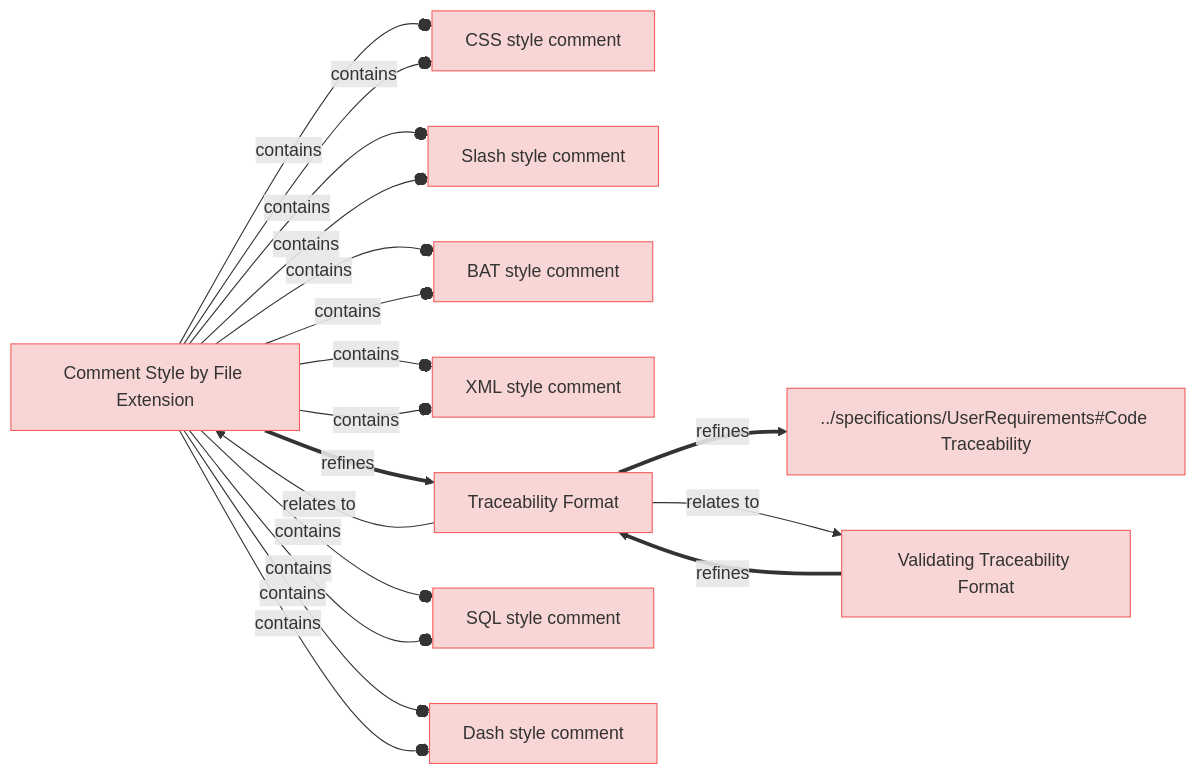
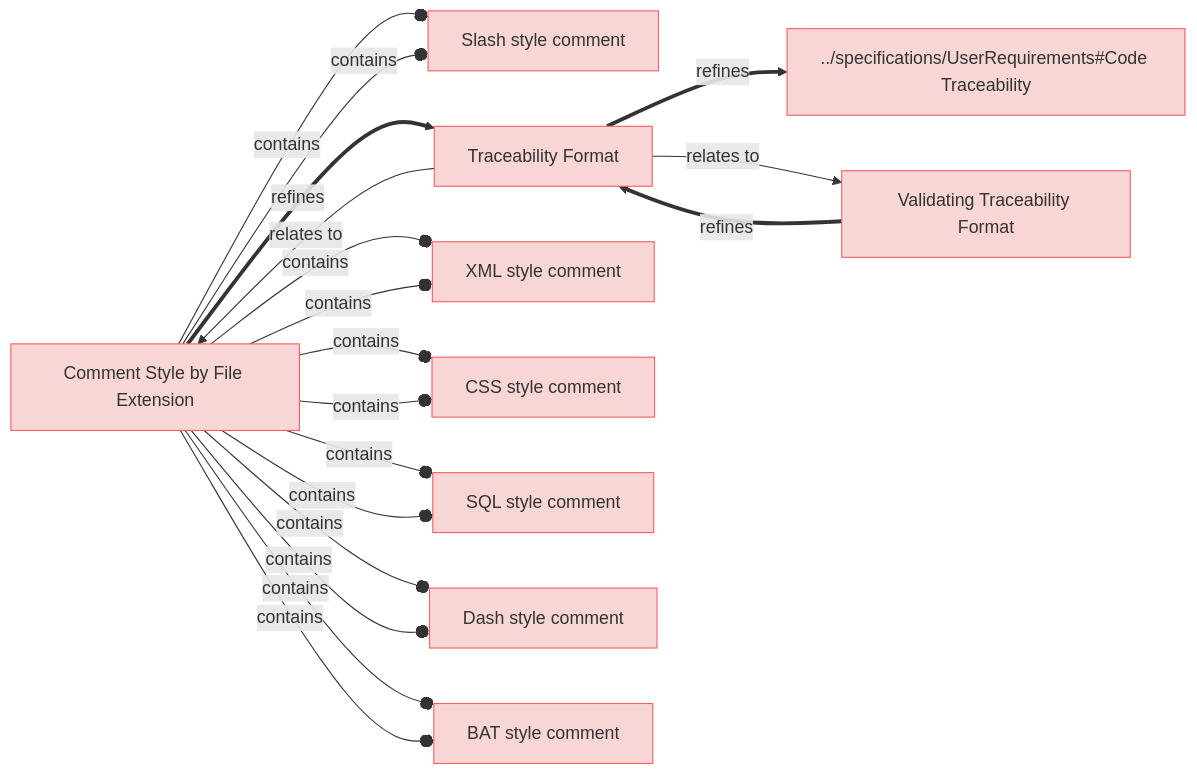
Before and after one commit to reqvire-org/reqvire: the diagram in todo_specifications/CodeTraecabilityRequirements.md, drawn with Mermaid. The commit also changed other lines of this file and 7 other files, not shown here.

Commit message:
Updated diagrams.

````diff
--- a/todo_specifications/CodeTraecabilityRequirements.md
+++ b/todo_specifications/CodeTraecabilityRequirements.md
@@ -4,56 +4,56 @@
 ```mermaid
 graph LR;
   %% Graph styling
   classDef requirement fill:#f9d6d6,stroke:#f55f5f,stroke-width:1px;
   classDef verification fill:#d6f9d6,stroke:#5fd75f,stroke-width:1px;
   classDef externalLink fill:#d0e0ff,stroke:#3080ff,stroke-width:1px;
   classDef default fill:#f5f5f5,stroke:#333333,stroke-width:1px;
 
-  56c1e18c90["CSS style comment"];
-  click 56c1e18c90 "CodeTraecabilityRequirements.md#css-style-comment";
-  class 56c1e18c90 requirement;
+  e74d8ff4f7["Slash style comment"];
+  click e74d8ff4f7 "CodeTraecabilityRequirements.md#slash-style-comment";
+  class e74d8ff4f7 requirement;
   9b11c134e5["Comment Style by File Extension"];
   class 9b11c134e5 requirement;
   click 9b11c134e5 "CodeTraecabilityRequirements.md#comment-style-by-file-extension";
-  9b11c134e5 --o|contains| 56c1e18c90;
-  e74d8ff4f7["Slash style comment"];
-  click e74d8ff4f7 "CodeTraecabilityRequirements.md#slash-style-comment";
-  class e74d8ff4f7 requirement;
   9b11c134e5 --o|contains| e74d8ff4f7;
-  e5b00bf82f["BAT style comment"];
-  click e5b00bf82f "CodeTraecabilityRequirements.md#bat-style-comment";
-  class e5b00bf82f requirement;
-  9b11c134e5 --o|contains| e5b00bf82f;
+  1e5a561e29["Validating Traceability Format"];
+  click 1e5a561e29 "CodeTraecabilityRequirements.md#validating-traceability-format";
+  class 1e5a561e29 requirement;
+  bb213f1c85["Traceability Format"];
+  class bb213f1c85 requirement;
+  click bb213f1c85 "CodeTraecabilityRequirements.md#traceability-format";
+  1e5a561e29 ==>|refines| bb213f1c85;
   a5580908b7["XML style comment"];
   click a5580908b7 "CodeTraecabilityRequirements.md#xml-style-comment";
   class a5580908b7 requirement;
   9b11c134e5 --o|contains| a5580908b7;
-  bb213f1c85["Traceability Format"];
-  class bb213f1c85 requirement;
-  click bb213f1c85 "CodeTraecabilityRequirements.md#traceability-format";
+  56c1e18c90["CSS style comment"];
+  click 56c1e18c90 "CodeTraecabilityRequirements.md#css-style-comment";
+  class 56c1e18c90 requirement;
+  9b11c134e5 --o|contains| 56c1e18c90;
   9b11c134e5 ==>|refines| bb213f1c85;
+  9b11c134e5 --o|contains| e74d8ff4f7;
+  9b11c134e5 --o|contains| a5580908b7;
   9b11c134e5 --o|contains| 56c1e18c90;
-  9b11c134e5 --o|contains| e74d8ff4f7;
-  9b11c134e5 --o|contains| e5b00bf82f;
-  9b11c134e5 --o|contains| a5580908b7;
   663b780162["SQL style comment"];
   class 663b780162 requirement;
   click 663b780162 "CodeTraecabilityRequirements.md#sql-style-comment";
   9b11c134e5 --o|contains| 663b780162;
   26b4eb60f9["Dash style comment"];
   class 26b4eb60f9 requirement;
   click 26b4eb60f9 "CodeTraecabilityRequirements.md#dash-style-comment";
   9b11c134e5 --o|contains| 26b4eb60f9;
+  e5b00bf82f["BAT style comment"];
+  class e5b00bf82f requirement;
+  click e5b00bf82f "CodeTraecabilityRequirements.md#bat-style-comment";
+  9b11c134e5 --o|contains| e5b00bf82f;
+  9b11c134e5 --o|contains| 663b780162;
+  9b11c134e5 --o|contains| 26b4eb60f9;
   1fc4e44d5f["../specifications/UserRequirements#Code Traceability"];
   class 1fc4e44d5f requirement;
   click 1fc4e44d5f "../specifications/UserRequirements.md#code-traceability";
   bb213f1c85 ==>|refines| 1fc4e44d5f;
+  bb213f1c85 -->|relates to| 1e5a561e29;
   bb213f1c85 -->|relates to| 9b11c134e5;
-  1e5a561e29["Validating Traceability Format"];
-  class 1e5a561e29 requirement;
-  click 1e5a561e29 "CodeTraecabilityRequirements.md#validating-traceability-format";
-  bb213f1c85 -->|relates to| 1e5a561e29;
-  1e5a561e29 ==>|refines| bb213f1c85;
-  9b11c134e5 --o|contains| 663b780162;
-  9b11c134e5 --o|contains| 26b4eb60f9;
+  9b11c134e5 --o|contains| e5b00bf82f;
 ```
````
